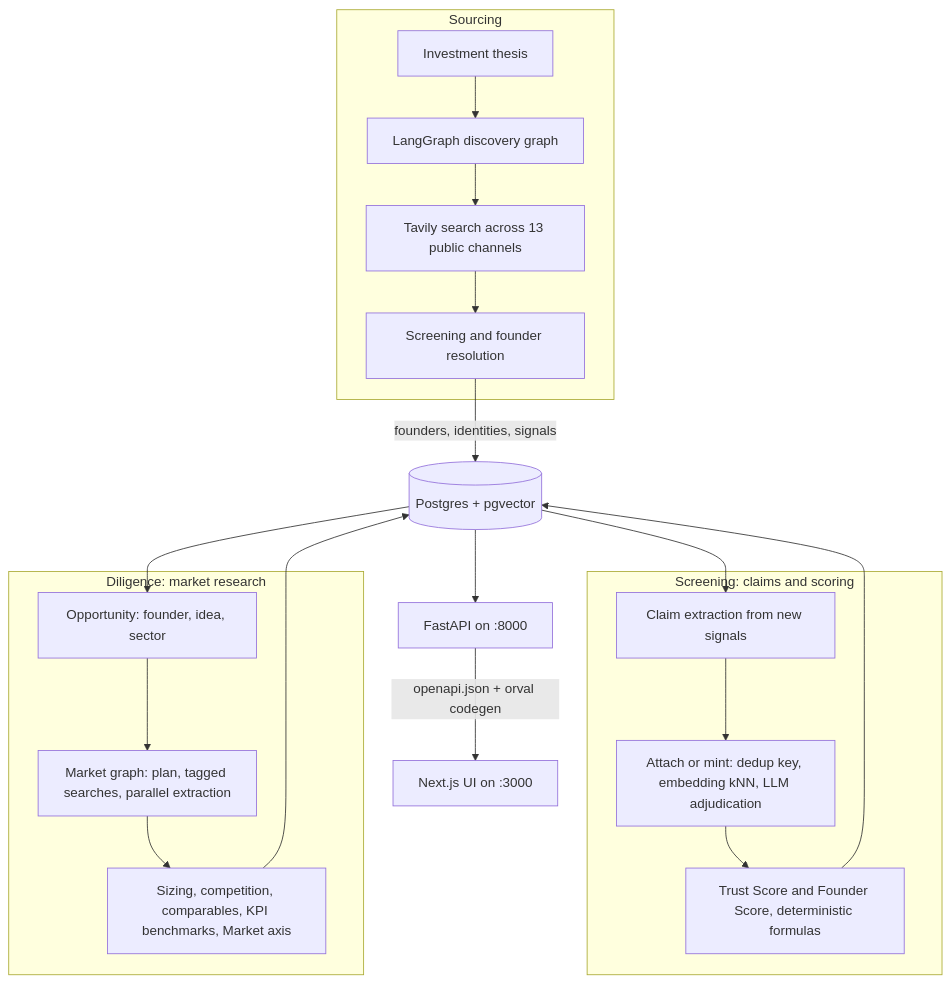
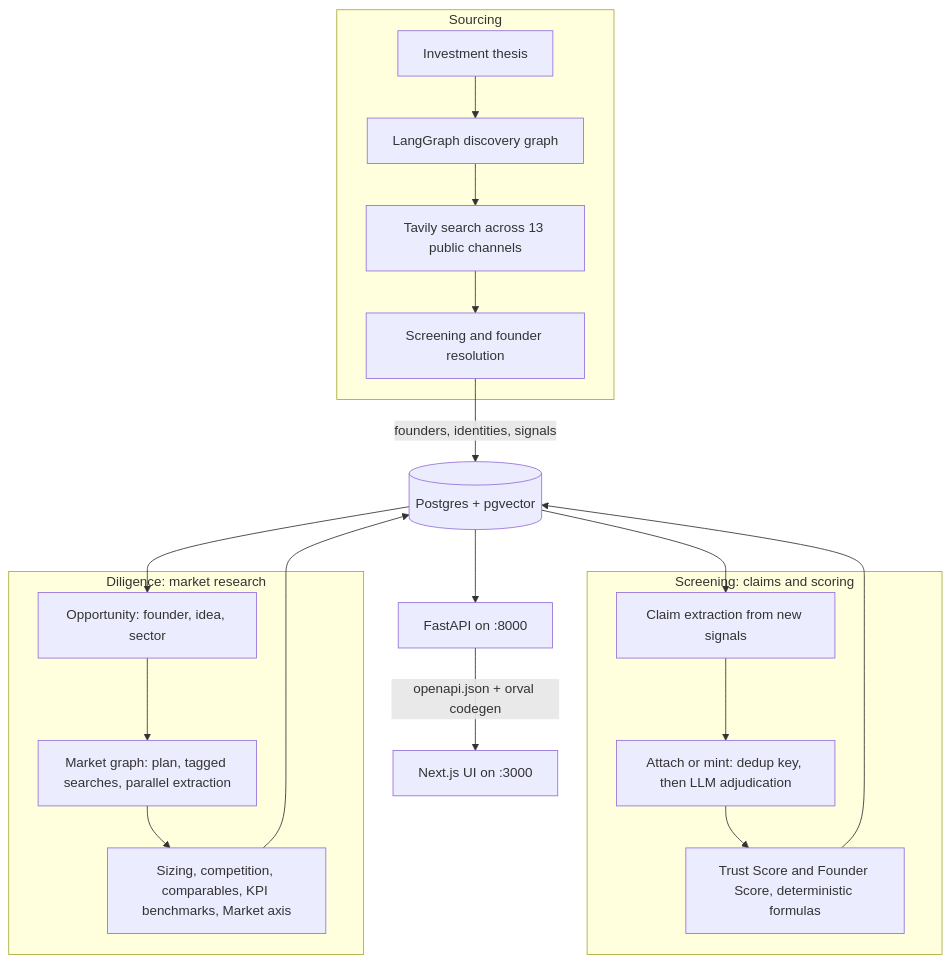
The diagram in README.md (My-Hackathon-Projects/ArgOS), drawn with Mermaid before and after one commit. The commit also changed other lines of this file and 27 other files, not shown here.

````diff
--- a/README.md
+++ b/README.md
@@ -18,26 +18,26 @@
 ```mermaid
 flowchart TD
     subgraph SRC[Sourcing]
         T[Investment thesis] --> G[LangGraph discovery graph]
         G --> W[Tavily search across 13 public channels]
         W --> R[Screening and founder resolution]
     end
     R -->|founders, identities, signals| DB[(Postgres + pgvector)]
 
     subgraph CLM[Screening: claims and scoring]
-        X[Claim extraction from new signals] --> M[Attach or mint: dedup key, embedding kNN, LLM adjudication]
+        X[Claim extraction from new signals] --> M[Attach or mint: dedup key, then LLM adjudication]
         M --> S[Trust Score and Founder Score, deterministic formulas]
     end
     DB --> X
     S --> DB
 
     subgraph MKT[Diligence: market research]
         O[Opportunity: founder, idea, sector] --> P[Market graph: plan, tagged searches, parallel extraction]
         P --> Y[Sizing, competition, comparables, KPI benchmarks, Market axis]
     end
     DB --> O
     Y --> DB
 
     DB --> API[FastAPI on :8000]
     API -->|openapi.json + orval codegen| UI[Next.js UI on :3000]
 ```
````
